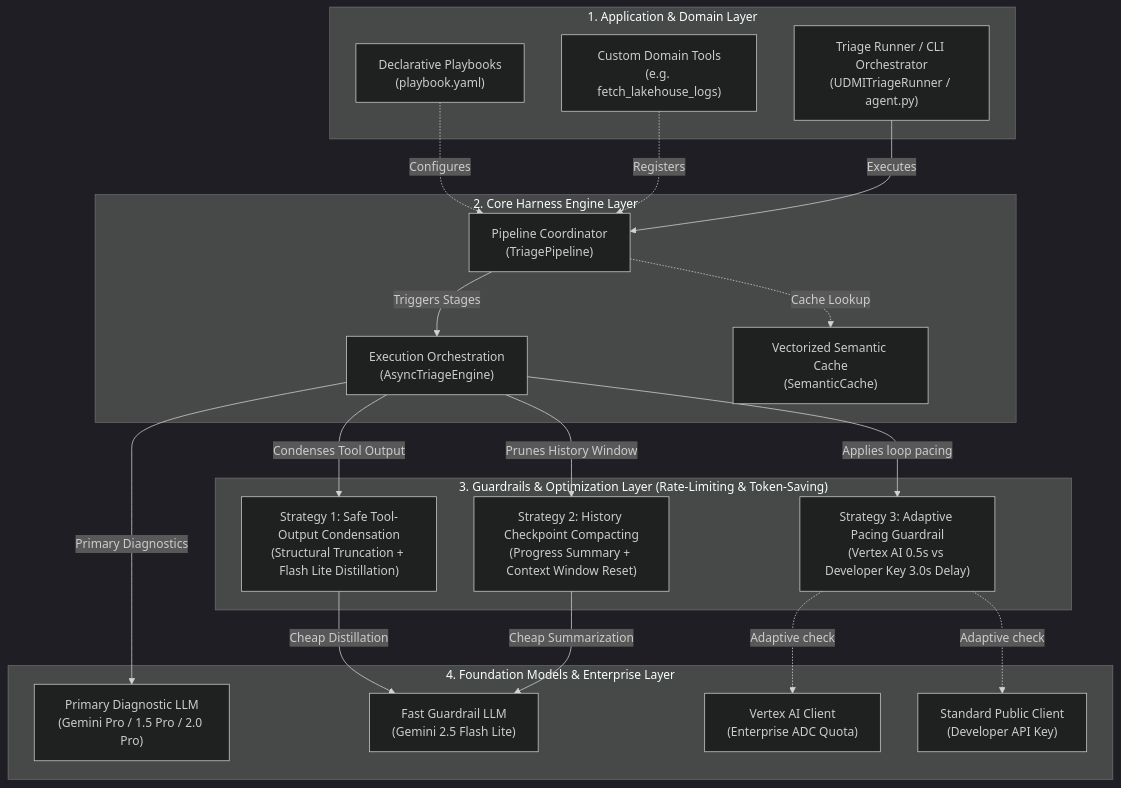
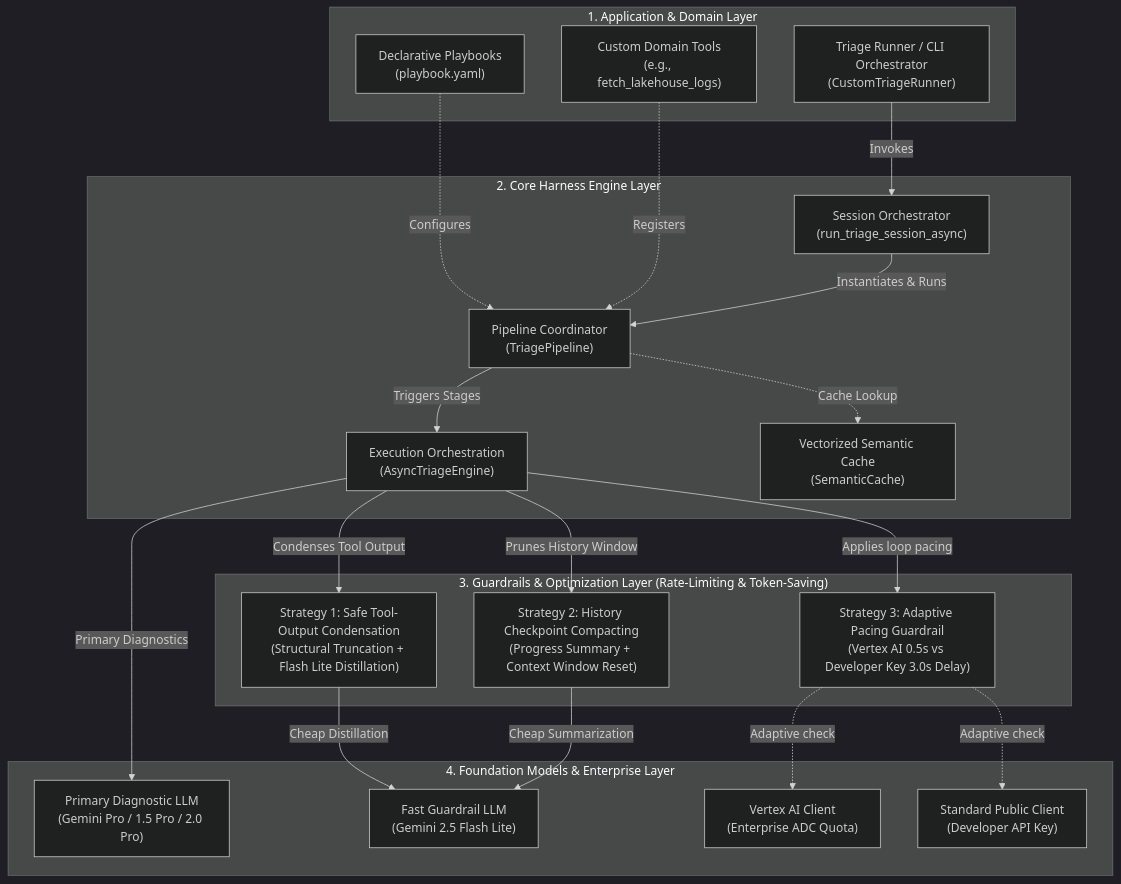
The diagram in mantis/docs/generic_triage_harness_guide.md (faucetsdn/udmi), drawn with Mermaid (dark theme) before and after one commit. The commit also changed other lines of this file and 15 other files, not shown here.

````diff
--- a/mantis/docs/generic_triage_harness_guide.md
+++ b/mantis/docs/generic_triage_harness_guide.md
@@ -17,46 +17,48 @@
 ```mermaid
 graph TD
     subgraph "1. Application & Domain Layer"
         Playbook["Declarative Playbooks<br/>(playbook.yaml)"]
-        CustomTools["Custom Domain Tools<br/>(e.g. fetch_lakehouse_logs)"]
-        Runner["Triage Runner / CLI Orchestrator<br/>(UDMITriageRunner / agent.py)"]
+        CustomTools["Custom Domain Tools<br/>(e.g., fetch_lakehouse_logs)"]
+        Runner["Triage Runner / CLI Orchestrator<br/>(CustomTriageRunner)"]
     end
 
     subgraph "2. Core Harness Engine Layer"
+        Orchestrator["Session Orchestrator<br/>(run_triage_session_async)"]
         Pipeline["Pipeline Coordinator<br/>(TriagePipeline)"]
         Engine["Execution Orchestration<br/>(AsyncTriageEngine)"]
         Cache["Vectorized Semantic Cache<br/>(SemanticCache)"]
     end
 
     subgraph "3. Guardrails & Optimization Layer (Rate-Limiting & Token-Saving)"
         Condensation["Strategy 1: Safe Tool-Output Condensation<br/>(Structural Truncation + Flash Lite Distillation)"]
         Compaction["Strategy 2: History Checkpoint Compacting<br/>(Progress Summary + Context Window Reset)"]
         Pacing["Strategy 3: Adaptive Pacing Guardrail<br/>(Vertex AI 0.5s vs Developer Key 3.0s Delay)"]
     end
 
     subgraph "4. Foundation Models & Enterprise Layer"
         GeminiPro["Primary Diagnostic LLM<br/>(Gemini Pro / 1.5 Pro / 2.0 Pro)"]
         FlashLite["Fast Guardrail LLM<br/>(Gemini 2.5 Flash Lite)"]
         VertexAI["Vertex AI Client<br/>(Enterprise ADC Quota)"]
         DeveloperKey["Standard Public Client<br/>(Developer API Key)"]
     end
 
     %% Connect layers
     Playbook -.->|Configures| Pipeline
     CustomTools -.->|Registers| Pipeline
-    Runner -->|Executes| Pipeline
+    Runner -->|Invokes| Orchestrator
+    Orchestrator -->|Instantiates & Runs| Pipeline
     
     Pipeline -->|Triggers Stages| Engine
     Pipeline -.->|Cache Lookup| Cache
     
     Engine -->|Condenses Tool Output| Condensation
     Engine -->|Prunes History Window| Compaction
     Engine -->|Applies loop pacing| Pacing
 
     Condensation -->|Cheap Distillation| FlashLite
     Compaction -->|Cheap Summarization| FlashLite
     Pacing -.->|Adaptive check| VertexAI
     Pacing -.->|Adaptive check| DeveloperKey
 
     Engine -->|Primary Diagnostics| GeminiPro
 ```
````
